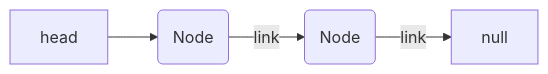
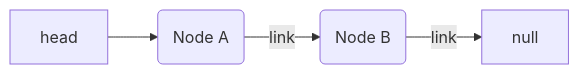
Before and after one commit to Jeffrey-S-Smith/trainLinkList-: the first of 4 diagrams in README.md, drawn with Mermaid. The commit also changed other lines of this file, not shown here.

Commit message:
updated train link list

````diff
--- a/README.md
+++ b/README.md
@@ -15,5 +15,5 @@
 ```mermaid
 graph LR
-head --> A(Node)-->|link| B(Node)
+head --> A(Node A)-->|link| B(Node B)
 B--> |link| C[null]
 ```
````
